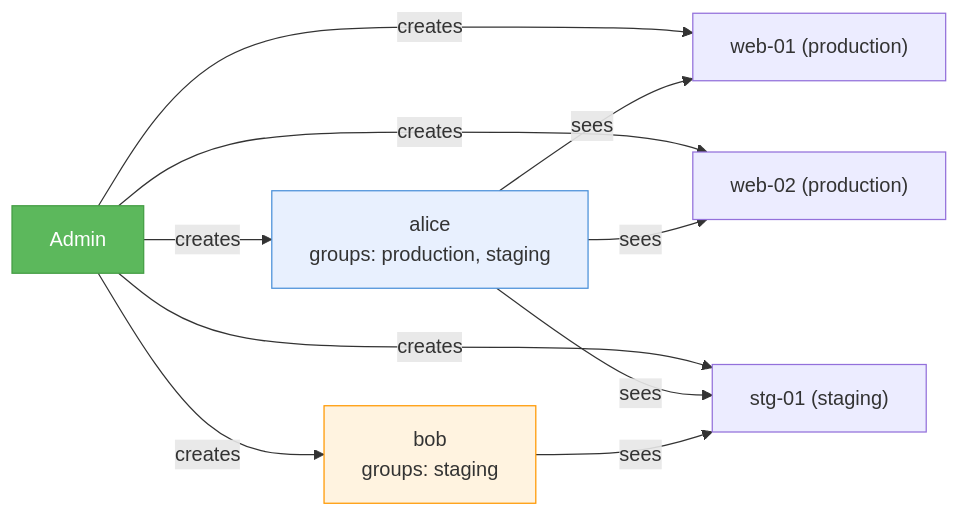
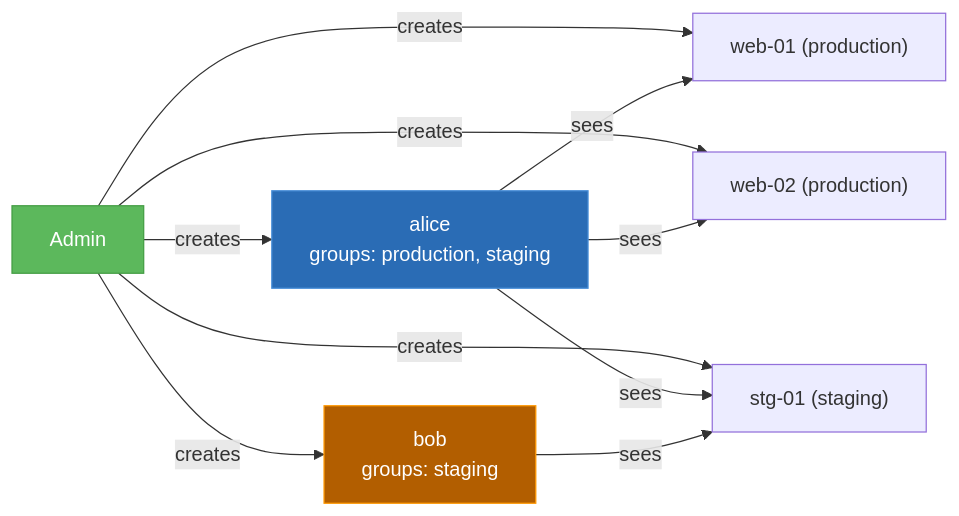
One commit to kalexnolasco/webgate changed the diagram in docs/guide/users.md. Above: the diagram before and after it, drawn with Mermaid. The commit also changed 26 other files, not shown here.

````diff
--- a/docs/guide/users.md
+++ b/docs/guide/users.md
@@ -31,17 +31,17 @@
 ```mermaid
 flowchart LR
     ADMIN["Admin"] -->|creates| S1["web-01 (production)"]
     ADMIN -->|creates| S2["web-02 (production)"]
     ADMIN -->|creates| S3["stg-01 (staging)"]
     ADMIN -->|creates| ALICE["alice
     groups: production, staging"]
     ADMIN -->|creates| BOB["bob
     groups: staging"]
 
     ALICE -->|sees| S1 & S2 & S3
     BOB -->|sees| S3
 
     style ADMIN fill:#5cb85c,stroke:#449d44,color:#fff
-    style ALICE fill:#e8f0fe,stroke:#4a90d9
-    style BOB fill:#fff3e0,stroke:#ff9800
+    style ALICE fill:#2a6cb5,stroke:#4a90d9,color:#fff
+    style BOB fill:#b25e00,stroke:#ff9800,color:#fff
 ```
````
